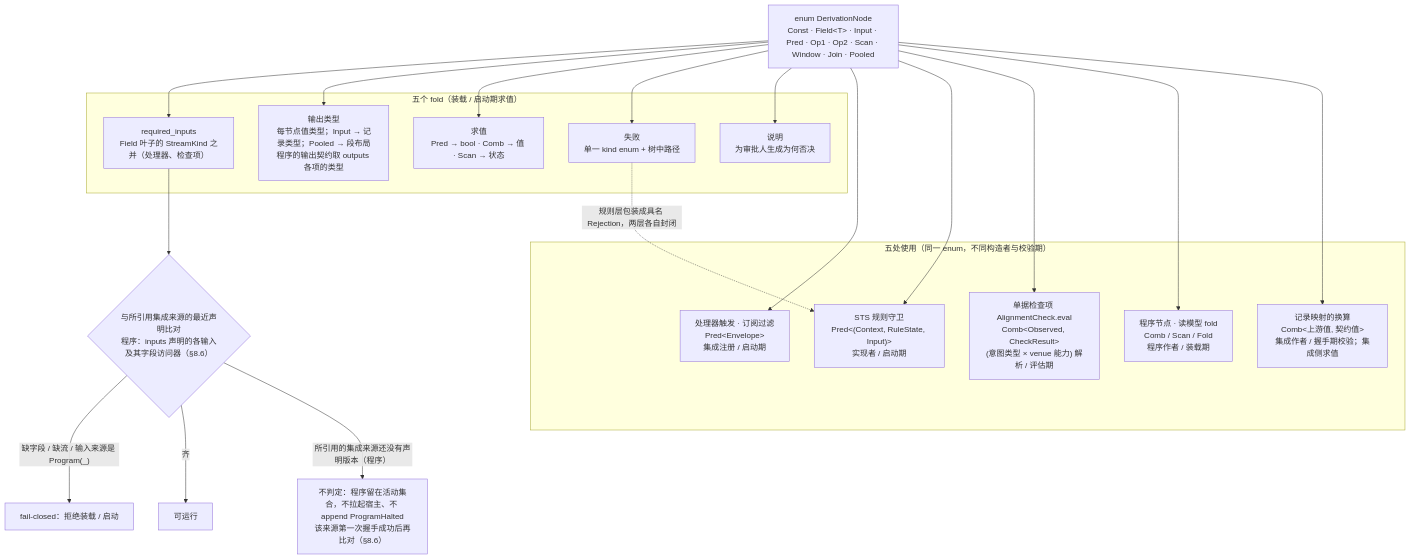
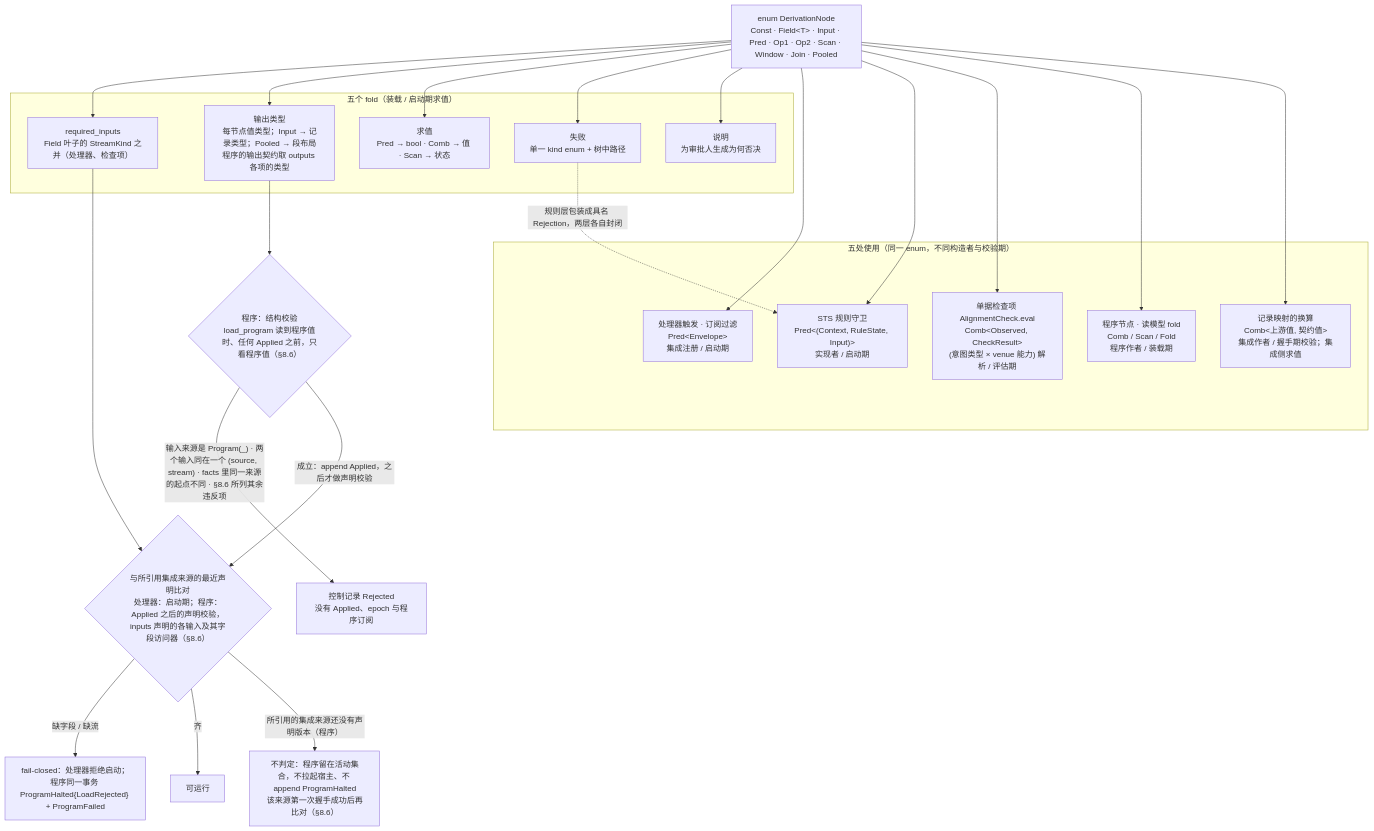
One commit to mouriya-s-lab/uta changed the third of 4 diagrams in design/diagrams/02-record-model.md. Above: the diagram before and after it, drawn with Mermaid. The commit also changed other lines of this file and 15 other files, not shown here.

````diff
--- a/design/diagrams/02-record-model.md
+++ b/design/diagrams/02-record-model.md
@@ -73,25 +73,28 @@
 ```mermaid
 flowchart TB
   ENUM["enum DerivationNode<br/>Const · Field&lt;T&gt; · Input · Pred · Op1 · Op2 · Scan · Window · Join · Pooled"]
   subgraph FOLDS["五个 fold（装载 / 启动期求值）"]
     F1["required_inputs<br/>Field 叶子的 StreamKind 之并（处理器、检查项）"]
     F2["输出类型<br/>每节点值类型；Input → 记录类型；Pooled → 段布局<br/>程序的输出契约取 outputs 各项的类型"]
     F3["求值<br/>Pred → bool · Comb → 值 · Scan → 状态"]
     F4["失败<br/>单一 kind enum + 树中路径"]
     F5["说明<br/>为审批人生成为何否决"]
   end
   ENUM --> F1 & F2 & F3 & F4 & F5
-  F1 --> CMP{"与所引用集成来源的最近声明比对<br/>程序：inputs 声明的各输入及其字段访问器（§8.6）"}
-  CMP -->|"缺字段 / 缺流 / 输入来源是 Program(_)"| FC["fail-closed：拒绝装载 / 启动"]
+  F1 --> CMP{"与所引用集成来源的最近声明比对<br/>处理器：启动期；程序：Applied 之后的声明校验，inputs 声明的各输入及其字段访问器（§8.6）"}
+  F2 --> STRUCT{"程序：结构校验<br/>load_program 读到程序值时、任何 Applied 之前，只看程序值（§8.6）"}
+  STRUCT -->|"输入来源是 Program(_) · 两个输入同在一个 (source, stream) · facts 里同一来源的起点不同 · §8.6 所列其余违反项"| SREJ["控制记录 Rejected<br/>没有 Applied、epoch 与程序订阅"]
+  STRUCT -->|"成立：append Applied，之后才做声明校验"| CMP
+  CMP -->|"缺字段 / 缺流"| FC["fail-closed：处理器拒绝启动；程序同一事务 ProgramHalted{LoadRejected} + ProgramFailed"]
   CMP -->|"齐"| OK["可运行"]
   CMP -->|"所引用的集成来源还没有声明版本（程序）"| WAIT["不判定：程序留在活动集合，不拉起宿主、不 append ProgramHalted<br/>该来源第一次握手成功后再比对（§8.6）"]
   subgraph USES["五处使用（同一 enum，不同构造者与校验期）"]
     U1["处理器触发 · 订阅过滤<br/>Pred&lt;Envelope&gt;<br/>集成注册 / 启动期"]
     U2["STS 规则守卫<br/>Pred&lt;(Context, RuleState, Input)&gt;<br/>实现者 / 启动期"]
     U3["单据检查项 AlignmentCheck.eval<br/>Comb&lt;Observed, CheckResult&gt;<br/>(意图类型 × venue 能力) 解析 / 评估期"]
     U4["程序节点 · 读模型 fold<br/>Comb / Scan / Fold<br/>程序作者 / 装载期"]
     U5["记录映射的换算<br/>Comb&lt;上游值, 契约值&gt;<br/>集成作者 / 握手期校验；集成侧求值"]
   end
   ENUM --> U1 & U2 & U3 & U4 & U5
   F4 -.->|"规则层包装成具名 Rejection，两层各自封闭"| U2
 ```
````
